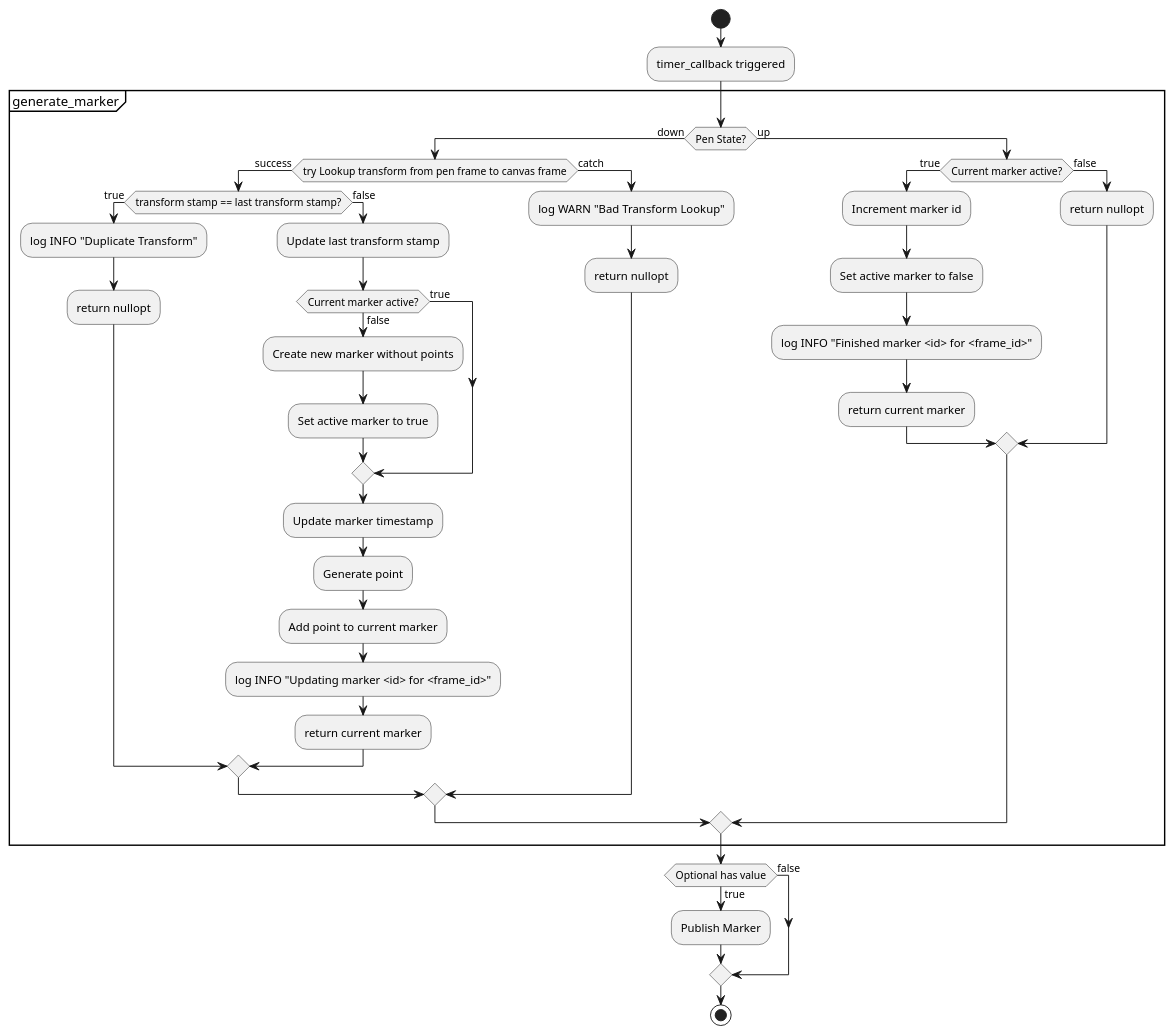
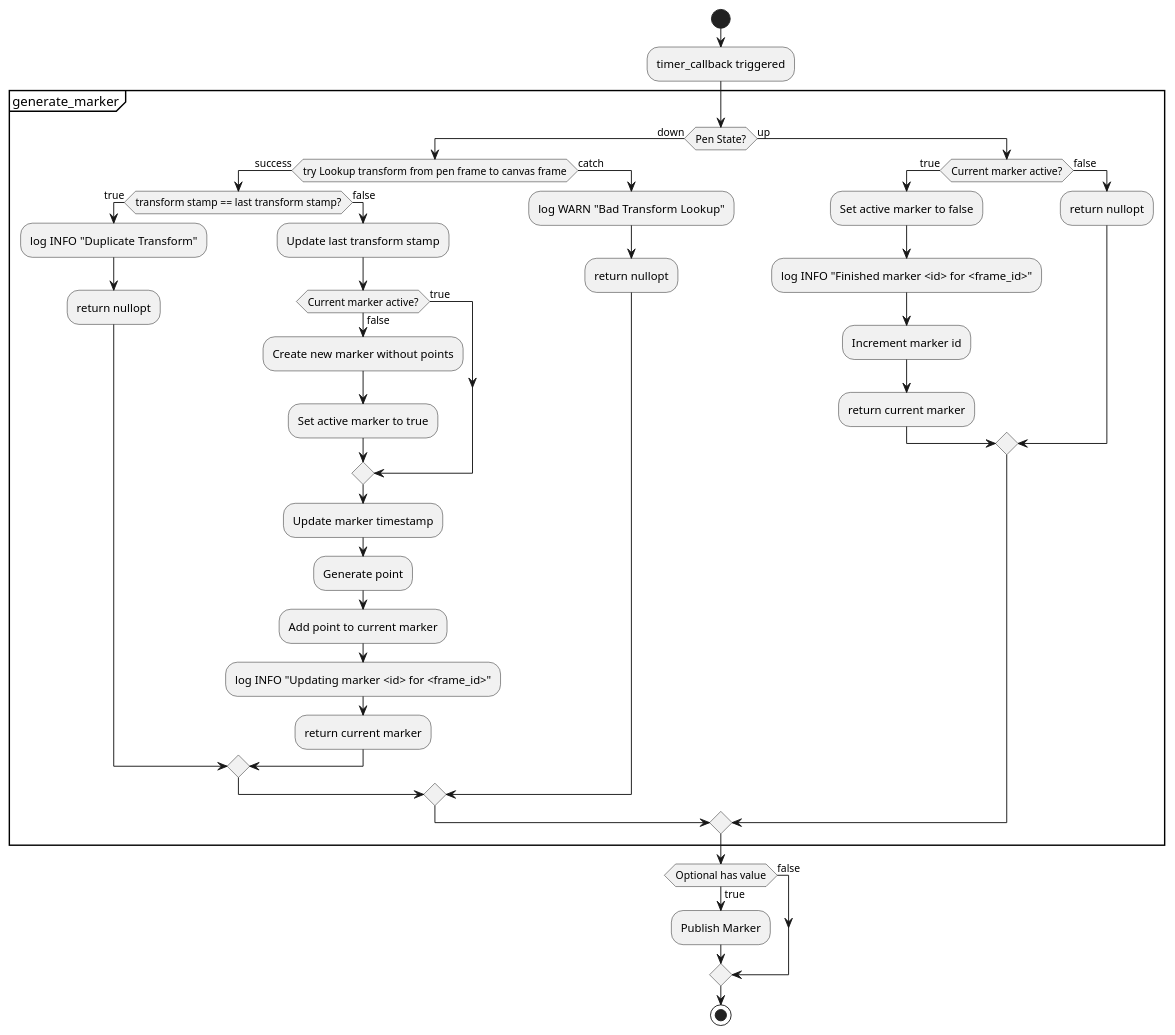
One commit to zbrotherton/RRC-RAI-ROS2 changed the second of 2 diagrams in docs/puml/pen_visualizer.puml. Above: the diagram before and after it, drawn with PlantUML. The commit also changed other lines of this file and 1 other file, not shown here.

Commit message:
Resolve marker id off-by-one

```diff
--- a/docs/puml/pen_visualizer.puml
+++ b/docs/puml/pen_visualizer.puml
@@ -36,43 +36,43 @@
 @startuml PenVisualizerActivity
 start
 :timer_callback triggered;
 partition "generate_marker" {
     if (Pen State?) then (down)
         if (try Lookup transform from pen frame to canvas frame) then (success)
             if (transform stamp == last transform stamp?) then (true)
                 :log INFO "Duplicate Transform";
                 :return nullopt;
             else(false)
                 :Update last transform stamp;
                 if(Current marker active?) then (true)
                 else (false)
                     :Create new marker without points;
                     :Set active marker to true;
                 endif
                 :Update marker timestamp;
                 :Generate point;
                 :Add point to current marker;
                 :log INFO "Updating marker <id> for <frame_id>";
                 :return current marker;
             endif
         else (catch)
             :log WARN "Bad Transform Lookup";
             :return nullopt;
         endif
         else (up)
             if(Current marker active?) then (true)
-                :Increment marker id;
                 :Set active marker to false;
                 :log INFO "Finished marker <id> for <frame_id>";
+                :Increment marker id;
                 :return current marker;
             else (false)
                 :return nullopt;
             endif
         endif
     }
     if (Optional has value) then (true)
         :Publish Marker;
     else (false)
     endif
 stop
 @enduml
```
